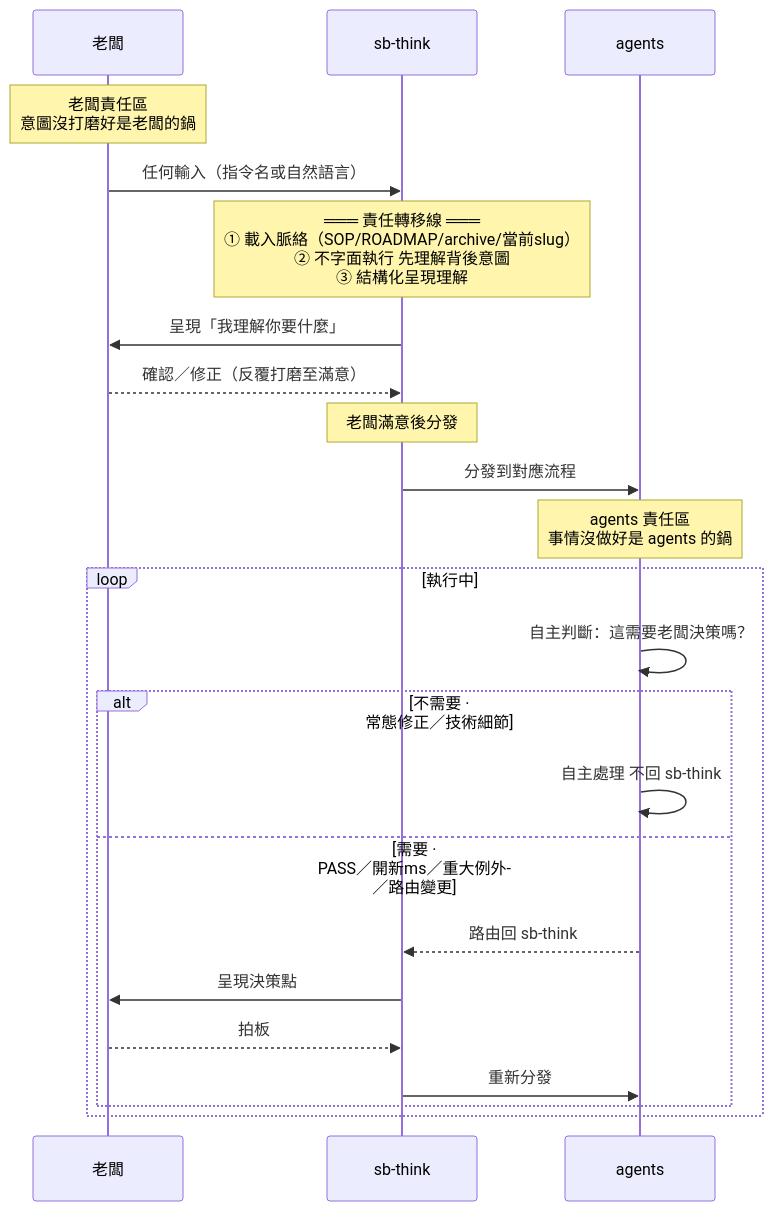
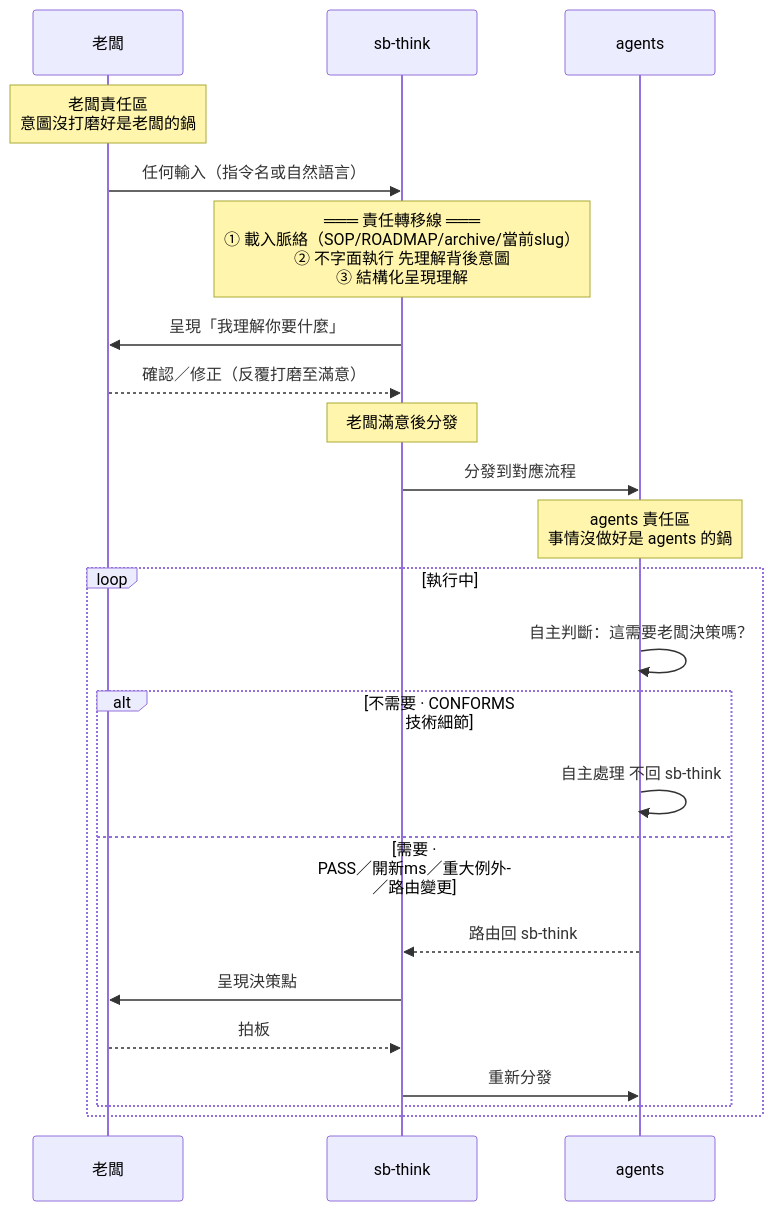
The first of 4 diagrams in skills/sb-think/SKILL.md (teps3105/shiftblame), drawn with Mermaid before and after one commit. The commit also changed other lines of this file and 21 other files, not shown here.

````diff
--- a/skills/sb-think/SKILL.md
+++ b/skills/sb-think/SKILL.md
@@ -9,32 +9,32 @@
 ```mermaid
 sequenceDiagram
     participant B as 老闆
     participant T as sb-think
     participant A as agents
 
     Note over B: 老闆責任區<br/>意圖沒打磨好是老闆的鍋
 
     B->>T: 任何輸入（指令名或自然語言）
 
     Note over T: ═══ 責任轉移線 ═══<br/>① 載入脈絡（SOP/ROADMAP/archive/當前slug）<br/>② 不字面執行 先理解背後意圖<br/>③ 結構化呈現理解
 
     T->>B: 呈現「我理解你要什麼」
     B-->>T: 確認／修正（反覆打磨至滿意）
 
     Note over T: 老闆滿意後分發
     T->>A: 分發到對應流程
 
     Note over A: agents 責任區<br/>事情沒做好是 agents 的鍋
 
     loop 執行中
         A->>A: 自主判斷：這需要老闆決策嗎？
-        alt 不需要 · 常態修正／技術細節
+        alt 不需要 · CONFORMS 技術細節
             A->>A: 自主處理 不回 sb-think
         else 需要 · PASS／開新ms／重大例外／路由變更
             A-->>T: 路由回 sb-think
             T->>B: 呈現決策點
             B-->>T: 拍板
             T->>A: 重新分發
         end
     end
 ```
````
